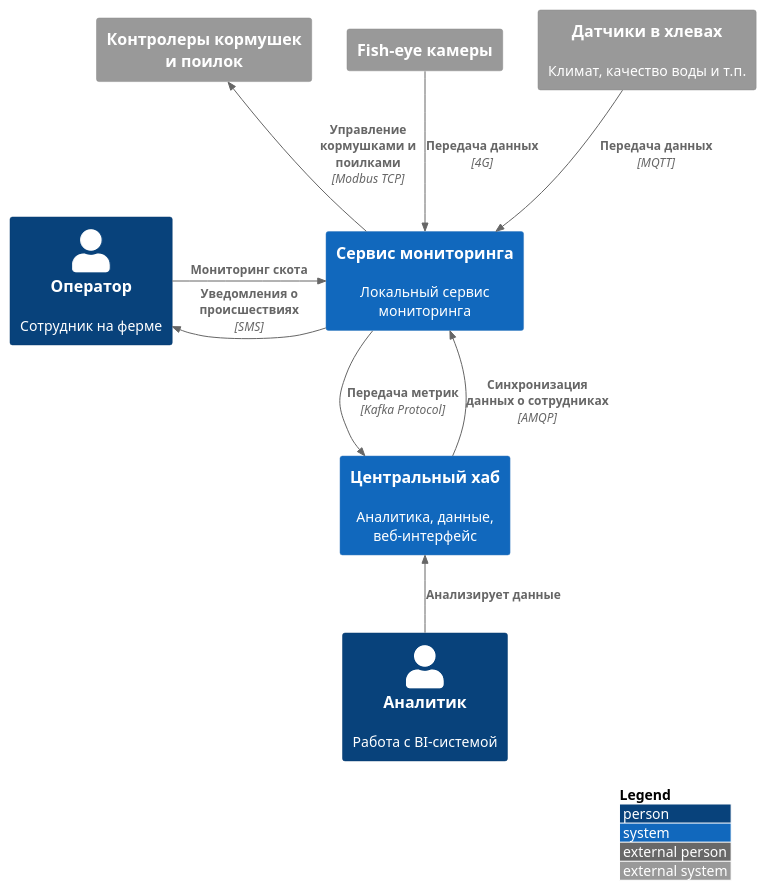
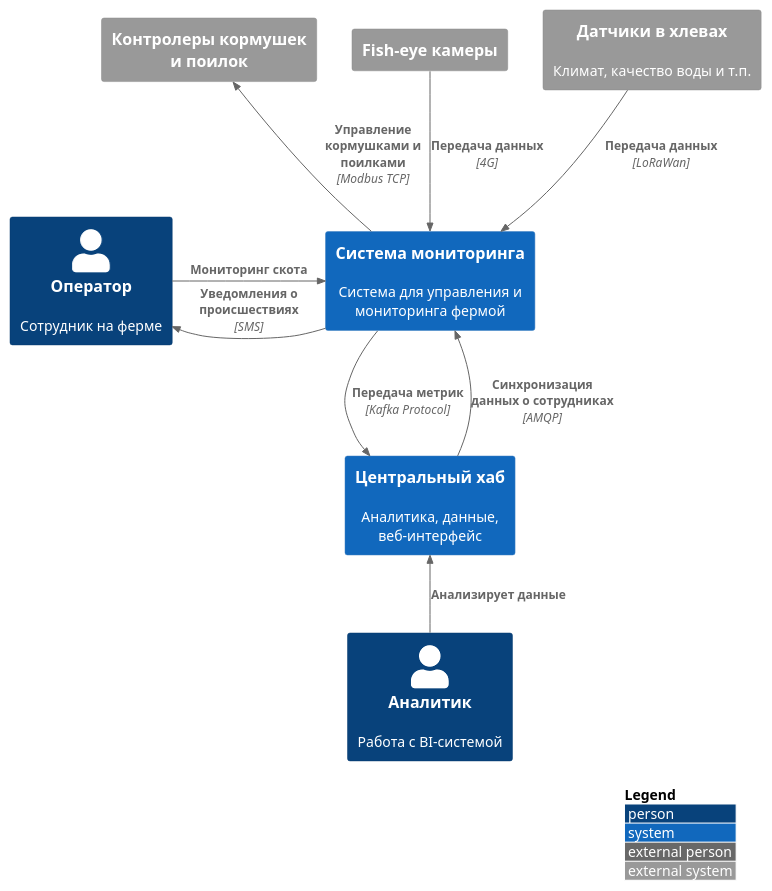
Before and after one commit to destonar/MSA-AgroTech: the diagram in Task1/centralized-с1.puml, drawn with PlantUML. The commit also changed 2 other files, not shown here.

Commit message:
Create C2 diagram for centralized approach

```diff
--- a/Task1/centralized-с1.puml
+++ b/Task1/centralized-с1.puml
@@ -1,28 +1,28 @@
 @startuml Agrotech Centralized System Context
 !include https://raw.githubusercontent.com/plantuml-stdlib/C4-PlantUML/master/C4_Context.puml
 
 Person(operator, "Оператор", "Сотрудник на ферме")
 Person(analytic, "Аналитик", "Работа с BI-системой")
 
 System_Ext(cameras, "Fish-eye камеры")
 System_Ext(sensors, "Датчики в хлевах", "Климат, качество воды и т.п.")
 System_Ext(controllers, "Контролеры кормушек и поилок")
 
 
-System(localService, "Сервис мониторинга", "Локальный сервис мониторинга")
+System(localService, "Система мониторинга", "Система для управления и мониторинга фермой")
 
 System(centralHub, "Центральный хаб", "Аналитика, данные, веб-интерфейс")
 
 Rel_D(cameras, localService, "Передача данных", "4G")
-Rel_D(sensors, localService, "Передача данных", "MQTT")
+Rel_D(sensors, localService, "Передача данных", "LoRaWan")
 Rel_U(localService, controllers, "Управление кормушками и поилками", "Modbus TCP")
 
 Rel_D(localService, centralHub, "Передача метрик", "Kafka Protocol")
 Rel_U(centralHub, localService, "Синхронизация данных о сотрудниках", "AMQP")
 
 Rel_R(operator, localService, "Мониторинг скота")
 Rel_L(localService, operator, "Уведомления о происшествиях", "SMS")
 Rel_U(analytic, centralHub, "Анализирует данные")
 
 LAYOUT_WITH_LEGEND()
 @enduml
```
